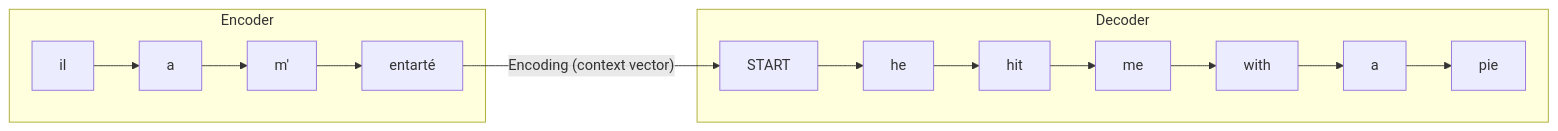
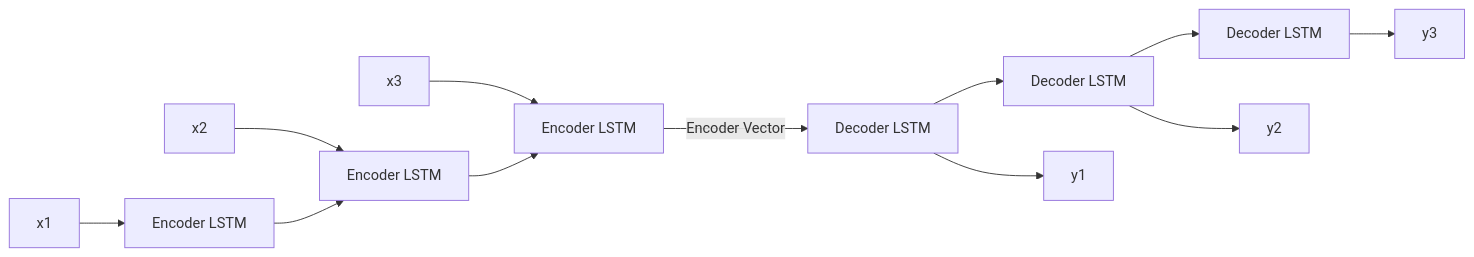
One commit to rwadud/AISD changed the second of 2 diagrams in CST8507/lectures/notes/lecture6.md. Above: the diagram before and after it, drawn with Mermaid. The commit also changed other lines of this file and 4 other files, not shown here.

````diff
--- a/CST8507/lectures/notes/lecture6.md
+++ b/CST8507/lectures/notes/lecture6.md
@@ -418,19 +649,14 @@
 ```mermaid
 graph LR
-    subgraph "Encoder"
-        E1["il"] --> E2["a"]
-        E2 --> E3["m'"]
-        E3 --> E4["entarté"]
-    end
-
-    E4 -->|"Encoding (context vector)"| D0["START"]
-
-    subgraph "Decoder"
-        D0 --> D1["he"]
-        D1 --> D2["hit"]
-        D2 --> D3["me"]
-        D3 --> D4["with"]
-        D4 --> D5["a"]
-        D5 --> D6["pie"]
-    end
+    X1[x1] --> E1[Encoder LSTM]
+    X2[x2] --> E2[Encoder LSTM]
+    X3[x3] --> E3[Encoder LSTM]
+    E1 --> E2
+    E2 --> E3
+    E3 -->|Encoder Vector| D1[Decoder LSTM]
+    D1 --> D2[Decoder LSTM]
+    D2 --> D3[Decoder LSTM]
+    D1 --> Y1[y1]
+    D2 --> Y2[y2]
+    D3 --> Y3[y3]
 ```
````
